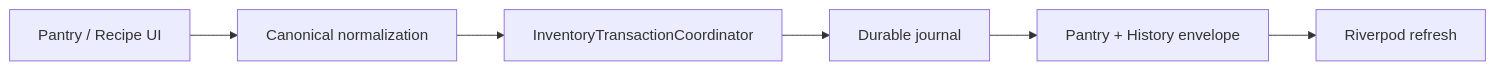
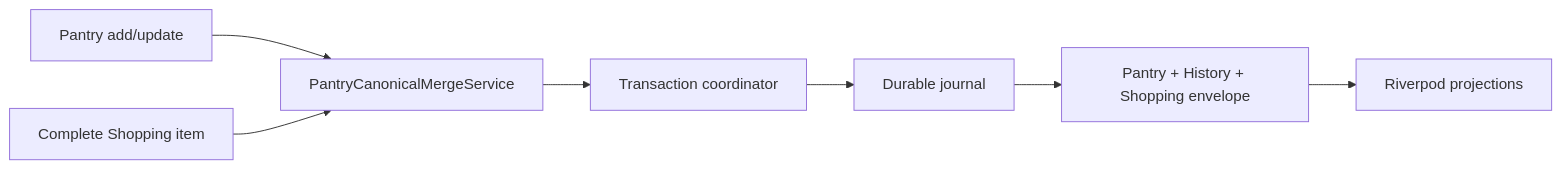
Before and after one commit to kobv99/KinRaiDee: the third of 3 diagrams in docs/10_CANONICAL_INGREDIENT_DATA_MODEL.md, drawn with Mermaid. The commit also changed other lines of this file, not shown here.

Commit message:
docs(data): add Pantry merge and Purchase History projection

````diff
--- a/docs/10_CANONICAL_INGREDIENT_DATA_MODEL.md
+++ b/docs/10_CANONICAL_INGREDIENT_DATA_MODEL.md
@@ -82,8 +116,9 @@
 ```mermaid
 flowchart LR
-    UI["Pantry / Recipe UI"] --> N["Canonical normalization"]
-    N --> C["InventoryTransactionCoordinator"]
-    C --> J["Durable journal"]
-    J --> E["Pantry + History envelope"]
-    E --> R["Riverpod refresh"]
+    PantryUI["Pantry add/update"] --> Merge["PantryCanonicalMergeService"]
+    Shopping["Complete Shopping item"] --> Merge
+    Merge --> Coordinator["Transaction coordinator"]
+    Coordinator --> Journal["Durable journal"]
+    Journal --> Envelope["Pantry + History + Shopping envelope"]
+    Envelope --> Riverpod["Riverpod projections"]
 ```
````
